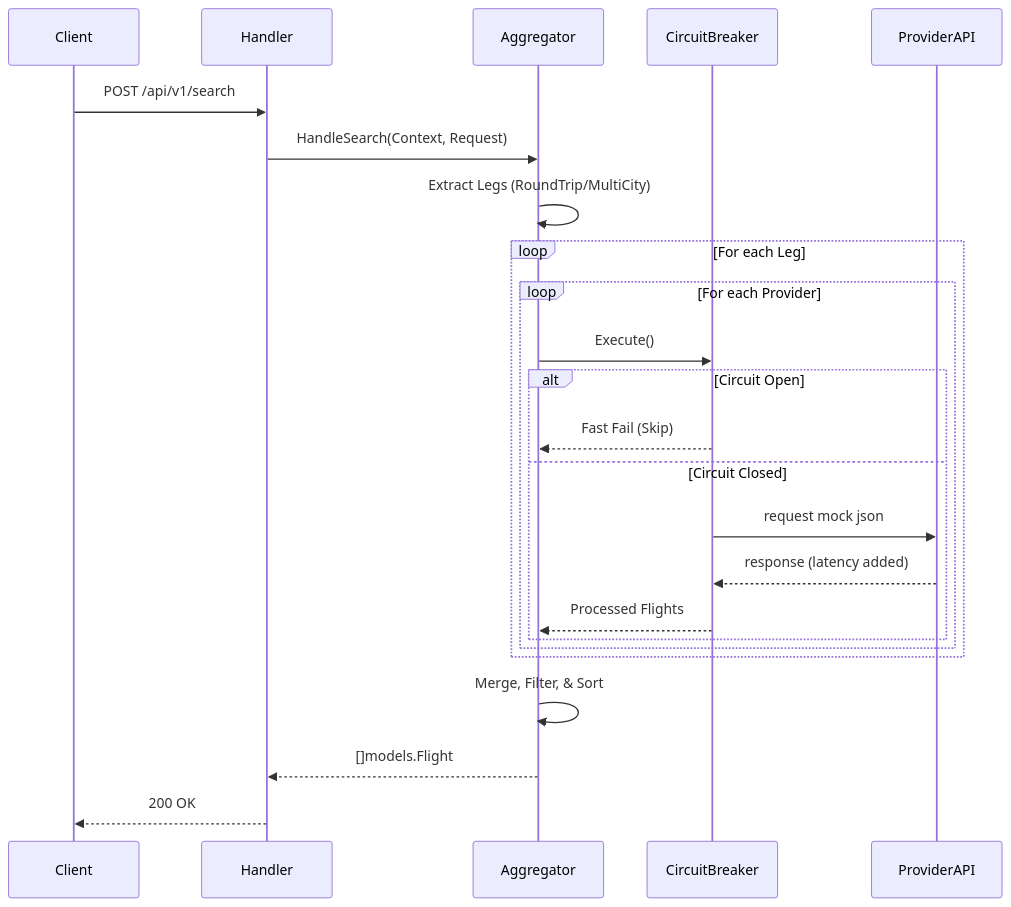
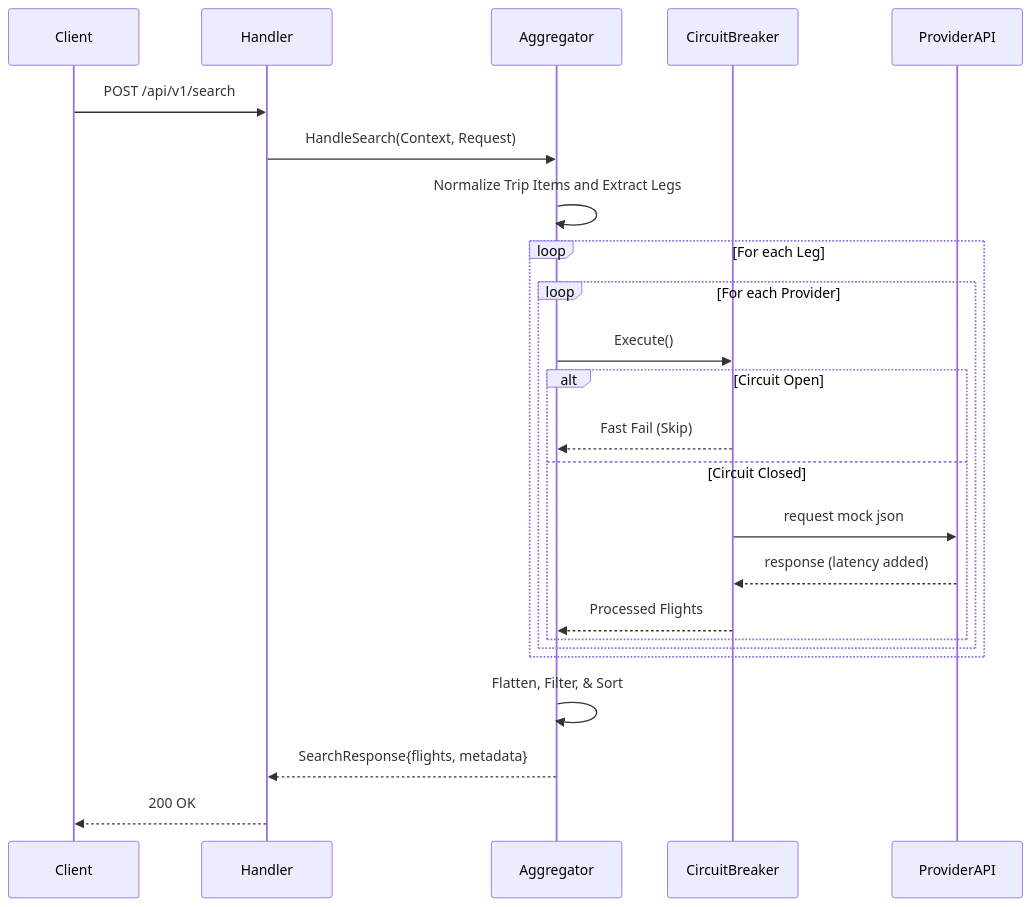
Before and after one commit to pandusatrianura/heimdall-travel-service: the third of 5 diagrams in README.md, drawn with Mermaid. The commit also changed other lines of this file and 13 other files, not shown here.

````diff
--- a/README.md
+++ b/README.md
@@ -387,29 +501,29 @@
 ```mermaid
 sequenceDiagram
     participant Client
     participant Handler
     participant Aggregator
     participant CircuitBreaker
     participant ProviderAPI
 
     Client->>Handler: POST /api/v1/search
     Handler->>Aggregator: HandleSearch(Context, Request)
-    Aggregator->>Aggregator: Extract Legs (RoundTrip/MultiCity)
+    Aggregator->>Aggregator: Normalize Trip Items and Extract Legs
     
     loop For each Leg
         loop For each Provider
             Aggregator->>CircuitBreaker: Execute()
             alt Circuit Open
                 CircuitBreaker-->>Aggregator: Fast Fail (Skip)
             else Circuit Closed
                 CircuitBreaker->>ProviderAPI: request mock json
                 ProviderAPI-->>CircuitBreaker: response (latency added)
                 CircuitBreaker-->>Aggregator: Processed Flights
             end
         end
     end
     
-    Aggregator->>Aggregator: Merge, Filter, & Sort
-    Aggregator-->>Handler: []models.Flight
+    Aggregator->>Aggregator: Flatten, Filter, & Sort
+    Aggregator-->>Handler: SearchResponse{flights, metadata}
     Handler-->>Client: 200 OK
 ```
````
